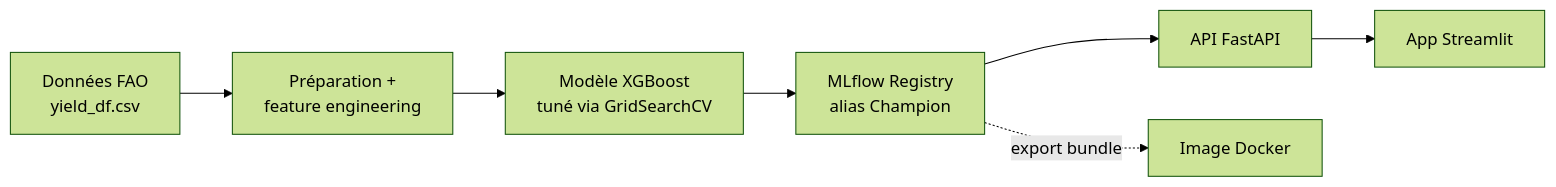
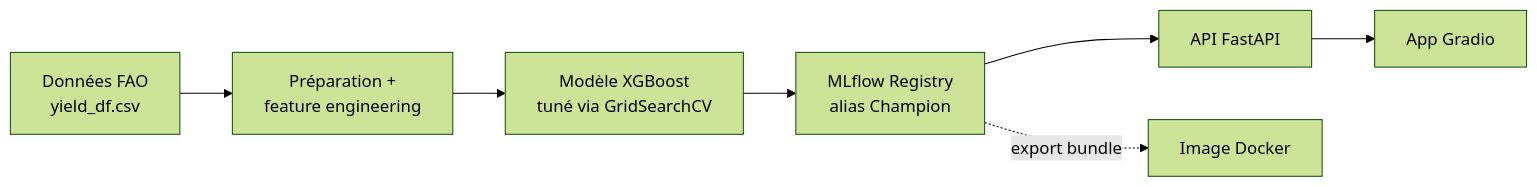
One commit to olivierbinder/agri changed the diagram in docs/index.md. Above: the diagram before and after it, drawn with Mermaid (forest theme). The commit also changed other lines of this file and 27 other files, not shown here.

````diff
--- a/docs/index.md
+++ b/docs/index.md
@@ -18,9 +18,9 @@
 ```mermaid
 flowchart LR
     A[Données FAO<br/>yield_df.csv] --> B[Préparation +<br/>feature engineering]
     B --> C[Modèle XGBoost<br/>tuné via GridSearchCV]
     C --> D[MLflow Registry<br/>alias Champion]
     D --> E[API FastAPI]
-    E --> F[App Streamlit]
+    E --> F[App Gradio]
     D -.export bundle.-> G[Image Docker]
 ```
````
